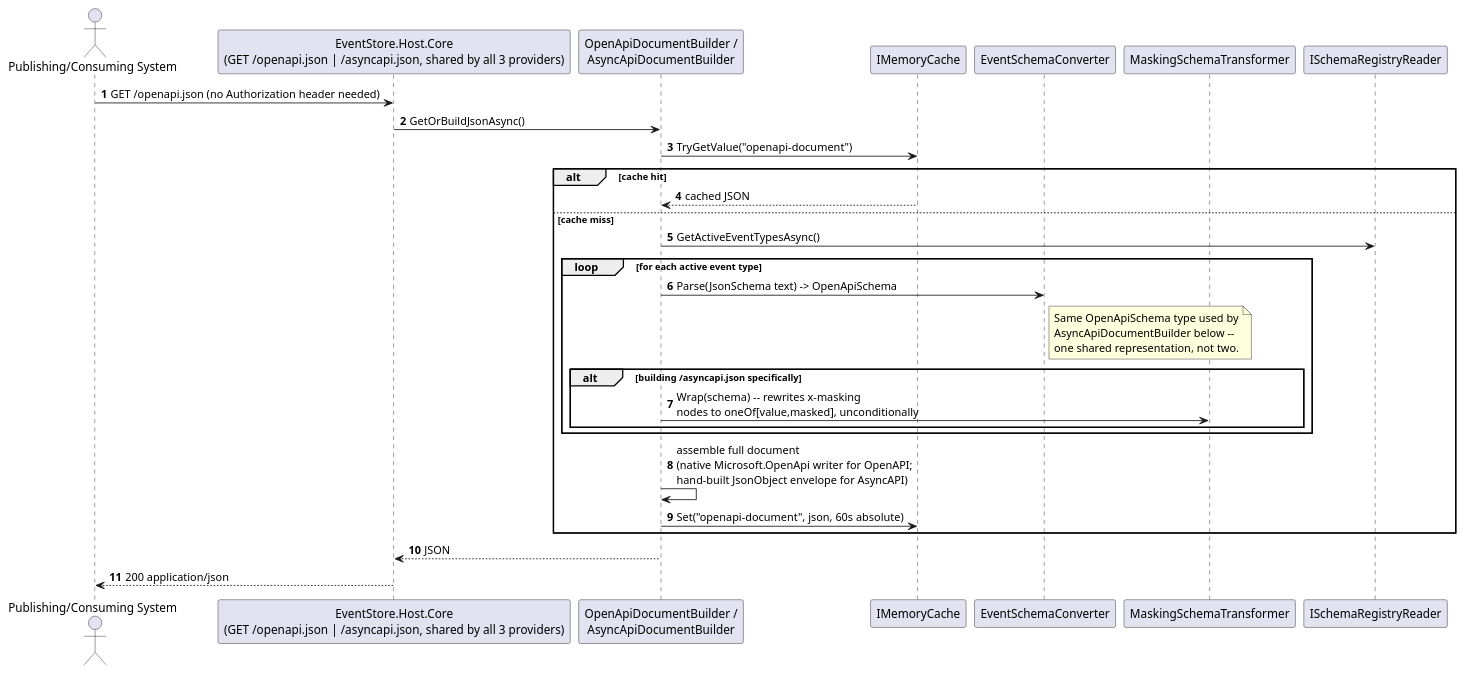
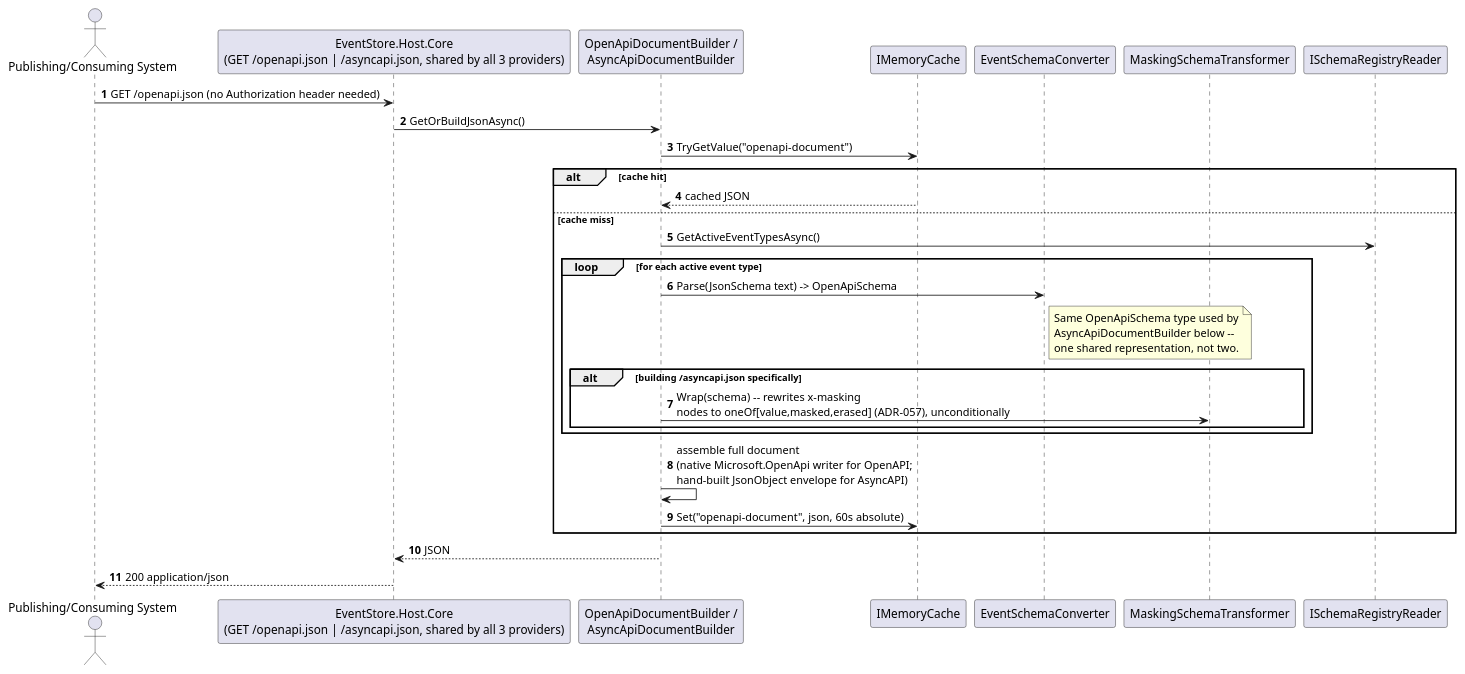
Before and after one commit to Mwwhited-BookLearning/EventSourcing: the first of 2 diagrams in docs/features/spec-generation.md, drawn with PlantUML. The commit also changed other lines of this file and 8 other files, not shown here.

````diff
--- a/docs/features/spec-generation.md
+++ b/docs/features/spec-generation.md
@@ -17,36 +17,36 @@
 ```plantuml
 @startuml SpecGeneration_Sequence
 autonumber
 actor "Publishing/Consuming System" as caller
 participant "EventStore.Host.Core\n(GET /openapi.json | /asyncapi.json, shared by all 3 providers)" as endpoint
 participant "OpenApiDocumentBuilder /\nAsyncApiDocumentBuilder" as docBuilder
 participant "IMemoryCache" as cache
 participant "EventSchemaConverter" as converter
 participant "MaskingSchemaTransformer" as maskTransform
 participant "ISchemaRegistryReader" as registry
 
 caller -> endpoint: GET /openapi.json (no Authorization header needed)
 endpoint -> docBuilder: GetOrBuildJsonAsync()
 docBuilder -> cache: TryGetValue("openapi-document")
 alt cache hit
   cache --> docBuilder: cached JSON
 else cache miss
   docBuilder -> registry: GetActiveEventTypesAsync()
   loop for each active event type
     docBuilder -> converter: Parse(JsonSchema text) -> OpenApiSchema
     note right of converter
       Same OpenApiSchema type used by
       AsyncApiDocumentBuilder below --
       one shared representation, not two.
     end note
     alt building /asyncapi.json specifically
-      docBuilder -> maskTransform: Wrap(schema) -- rewrites x-masking\nnodes to oneOf[value,masked], unconditionally
+      docBuilder -> maskTransform: Wrap(schema) -- rewrites x-masking\nnodes to oneOf[value,masked,erased] (ADR-057), unconditionally
     end
   end
   docBuilder -> docBuilder: assemble full document\n(native Microsoft.OpenApi writer for OpenAPI;\nhand-built JsonObject envelope for AsyncAPI)
   docBuilder -> cache: Set("openapi-document", json, 60s absolute)
 end
 docBuilder --> endpoint: JSON
 endpoint --> caller: 200 application/json
 @enduml
 ```
````
